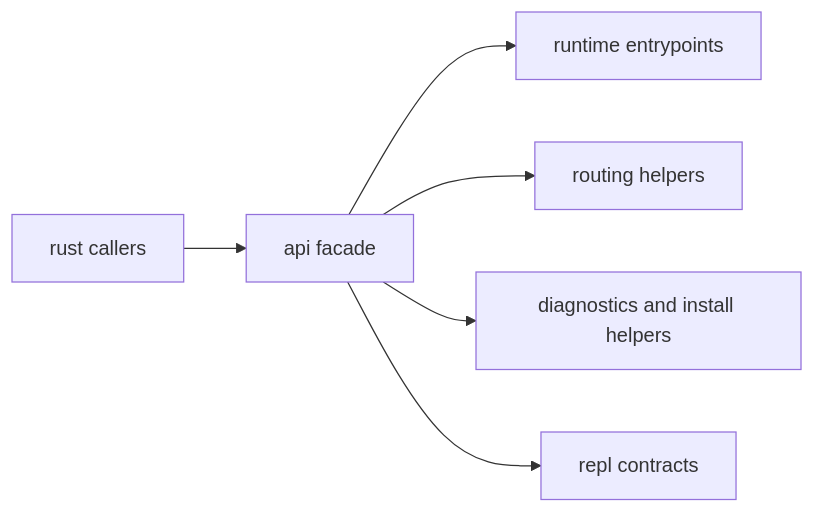
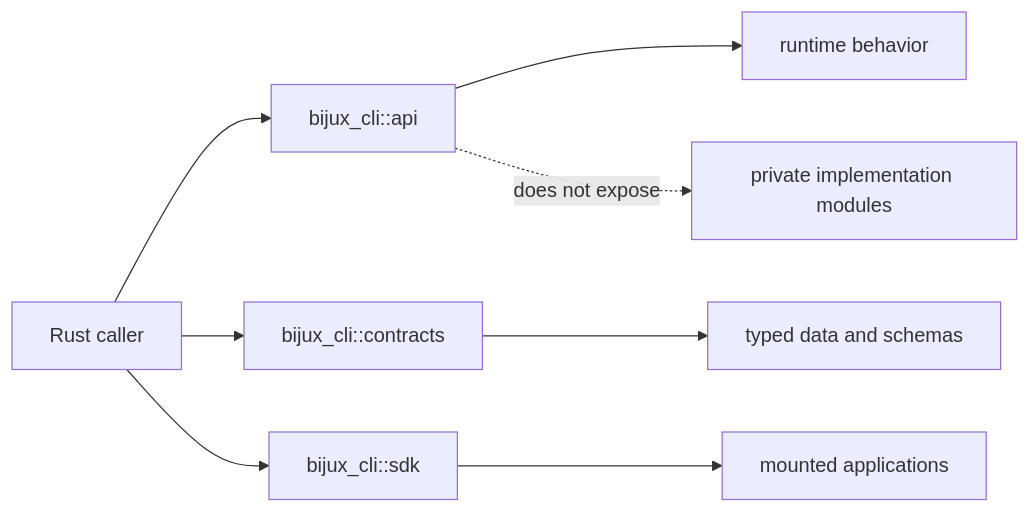
Before and after one commit to bijux/bijux-cli: the diagram in docs/bijux-cli/interfaces/api-surface.md, drawn with Mermaid. The commit also changed other lines of this file and 1 other file, not shown here.

Commit message:
docs(cli): define supported Rust integration lanes

````diff
--- a/docs/bijux-cli/interfaces/api-surface.md
+++ b/docs/bijux-cli/interfaces/api-surface.md
@@ -20,8 +39,10 @@
 ```mermaid
 flowchart LR
-    callers["rust callers"] --> api_mod["api facade"]
-    api_mod --> runtime["runtime entrypoints"]
-    api_mod --> routing["routing helpers"]
-    api_mod --> diagnostics["diagnostics and install helpers"]
-    api_mod --> repl["repl contracts"]
+    caller["Rust caller"] --> api["bijux_cli::api"]
+    api --> behavior["runtime behavior"]
+    caller --> contracts["bijux_cli::contracts"]
+    contracts --> data["typed data and schemas"]
+    caller --> sdk["bijux_cli::sdk"]
+    sdk --> mounts["mounted applications"]
+    api -.does not expose.-> internals["private implementation modules"]
 ```
````
